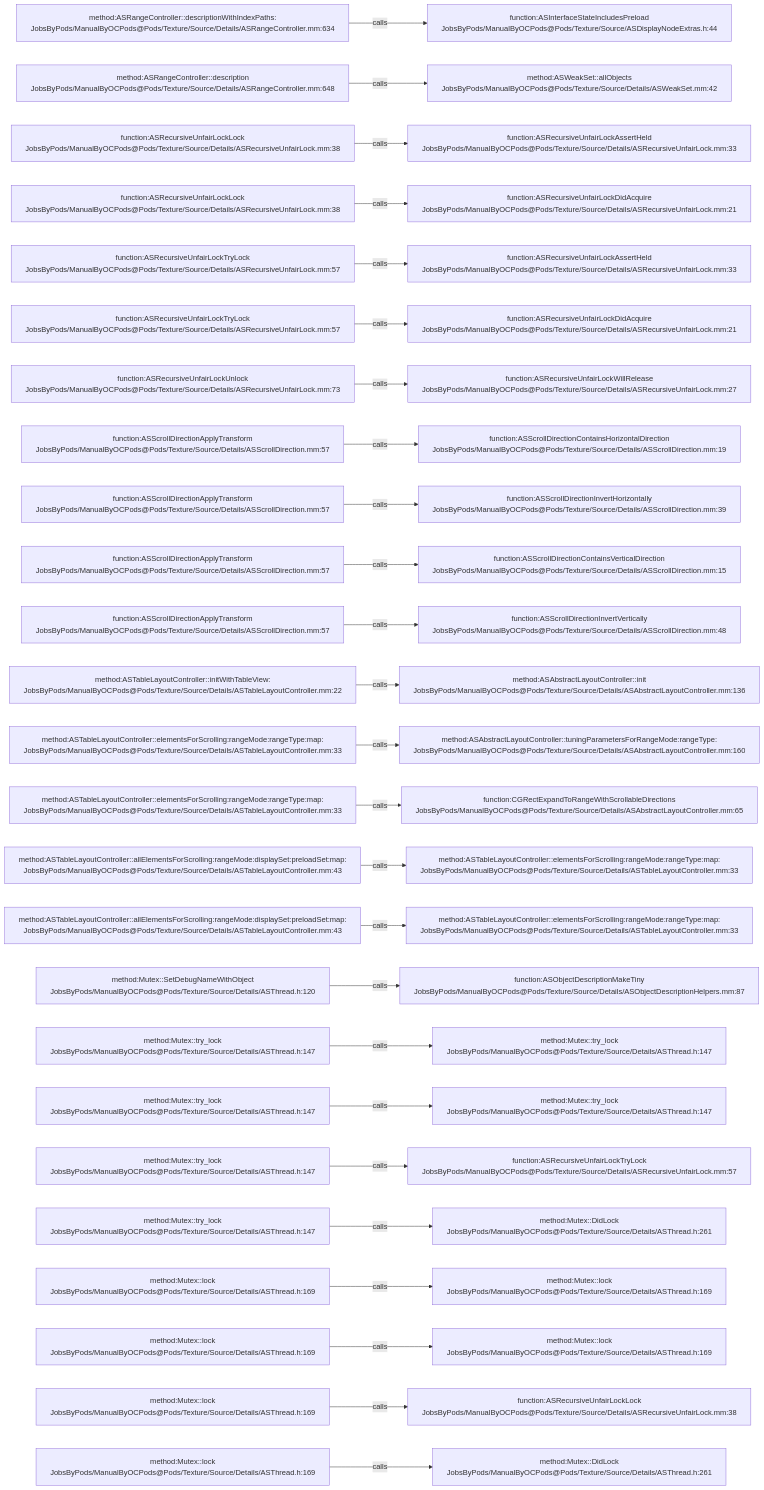
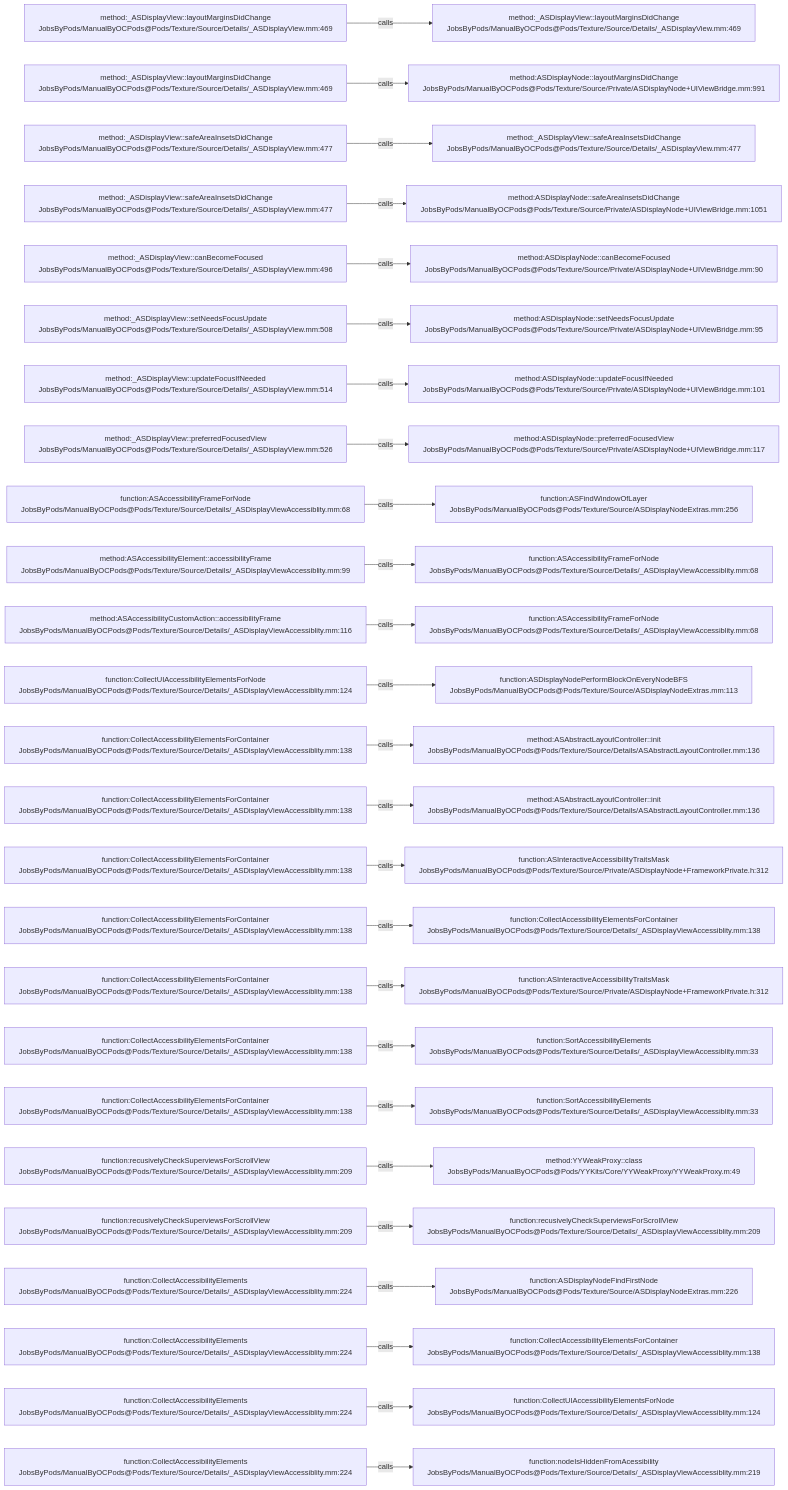
Before and after one commit to JobsKits/JobsOCBaseConfigDemo: the diagram in .codegraph/codegraph.md/graphs/calls-157.md, drawn with Mermaid. The commit also changed 2723 other files, not shown here.

````diff
--- a/.codegraph/codegraph.md/graphs/calls-157.md
+++ b/.codegraph/codegraph.md/graphs/calls-157.md
@@ -13,78 +13,78 @@
 ```mermaid
 flowchart LR
-  S1["method:ASRangeController::descriptionWithIndexPaths:<br/>JobsByPods/ManualByOCPods@Pods/Texture/Source/Details/ASRangeController.mm:634"]
-  T1["function:ASInterfaceStateIncludesPreload<br/>JobsByPods/ManualByOCPods@Pods/Texture/Source/ASDisplayNodeExtras.h:44"]
+  S1["method:_ASDisplayView::layoutMarginsDidChange<br/>JobsByPods/ManualByOCPods@Pods/Texture/Source/Details/_ASDisplayView.mm:469"]
+  T1["method:_ASDisplayView::layoutMarginsDidChange<br/>JobsByPods/ManualByOCPods@Pods/Texture/Source/Details/_ASDisplayView.mm:469"]
   S1 -->|calls| T1
-  S2["method:ASRangeController::description<br/>JobsByPods/ManualByOCPods@Pods/Texture/Source/Details/ASRangeController.mm:648"]
-  T2["method:ASWeakSet::allObjects<br/>JobsByPods/ManualByOCPods@Pods/Texture/Source/Details/ASWeakSet.mm:42"]
+  S2["method:_ASDisplayView::layoutMarginsDidChange<br/>JobsByPods/ManualByOCPods@Pods/Texture/Source/Details/_ASDisplayView.mm:469"]
+  T2["method:ASDisplayNode::layoutMarginsDidChange<br/>JobsByPods/ManualByOCPods@Pods/Texture/Source/Private/ASDisplayNode+UIViewBridge.mm:991"]
   S2 -->|calls| T2
-  S3["function:ASRecursiveUnfairLockLock<br/>JobsByPods/ManualByOCPods@Pods/Texture/Source/Details/ASRecursiveUnfairLock.mm:38"]
-  T3["function:ASRecursiveUnfairLockAssertHeld<br/>JobsByPods/ManualByOCPods@Pods/Texture/Source/Details/ASRecursiveUnfairLock.mm:33"]
+  S3["method:_ASDisplayView::safeAreaInsetsDidChange<br/>JobsByPods/ManualByOCPods@Pods/Texture/Source/Details/_ASDisplayView.mm:477"]
+  T3["method:_ASDisplayView::safeAreaInsetsDidChange<br/>JobsByPods/ManualByOCPods@Pods/Texture/Source/Details/_ASDisplayView.mm:477"]
   S3 -->|calls| T3
-  S4["function:ASRecursiveUnfairLockLock<br/>JobsByPods/ManualByOCPods@Pods/Texture/Source/Details/ASRecursiveUnfairLock.mm:38"]
-  T4["function:ASRecursiveUnfairLockDidAcquire<br/>JobsByPods/ManualByOCPods@Pods/Texture/Source/Details/ASRecursiveUnfairLock.mm:21"]
+  S4["method:_ASDisplayView::safeAreaInsetsDidChange<br/>JobsByPods/ManualByOCPods@Pods/Texture/Source/Details/_ASDisplayView.mm:477"]
+  T4["method:ASDisplayNode::safeAreaInsetsDidChange<br/>JobsByPods/ManualByOCPods@Pods/Texture/Source/Private/ASDisplayNode+UIViewBridge.mm:1051"]
   S4 -->|calls| T4
-  S5["function:ASRecursiveUnfairLockTryLock<br/>JobsByPods/ManualByOCPods@Pods/Texture/Source/Details/ASRecursiveUnfairLock.mm:57"]
-  T5["function:ASRecursiveUnfairLockAssertHeld<br/>JobsByPods/ManualByOCPods@Pods/Texture/Source/Details/ASRecursiveUnfairLock.mm:33"]
+  S5["method:_ASDisplayView::canBecomeFocused<br/>JobsByPods/ManualByOCPods@Pods/Texture/Source/Details/_ASDisplayView.mm:496"]
+  T5["method:ASDisplayNode::canBecomeFocused<br/>JobsByPods/ManualByOCPods@Pods/Texture/Source/Private/ASDisplayNode+UIViewBridge.mm:90"]
   S5 -->|calls| T5
-  S6["function:ASRecursiveUnfairLockTryLock<br/>JobsByPods/ManualByOCPods@Pods/Texture/Source/Details/ASRecursiveUnfairLock.mm:57"]
-  T6["function:ASRecursiveUnfairLockDidAcquire<br/>JobsByPods/ManualByOCPods@Pods/Texture/Source/Details/ASRecursiveUnfairLock.mm:21"]
+  S6["method:_ASDisplayView::setNeedsFocusUpdate<br/>JobsByPods/ManualByOCPods@Pods/Texture/Source/Details/_ASDisplayView.mm:508"]
+  T6["method:ASDisplayNode::setNeedsFocusUpdate<br/>JobsByPods/ManualByOCPods@Pods/Texture/Source/Private/ASDisplayNode+UIViewBridge.mm:95"]
   S6 -->|calls| T6
-  S7["function:ASRecursiveUnfairLockUnlock<br/>JobsByPods/ManualByOCPods@Pods/Texture/Source/Details/ASRecursiveUnfairLock.mm:73"]
-  T7["function:ASRecursiveUnfairLockWillRelease<br/>JobsByPods/ManualByOCPods@Pods/Texture/Source/Details/ASRecursiveUnfairLock.mm:27"]
+  S7["method:_ASDisplayView::updateFocusIfNeeded<br/>JobsByPods/ManualByOCPods@Pods/Texture/Source/Details/_ASDisplayView.mm:514"]
+  T7["method:ASDisplayNode::updateFocusIfNeeded<br/>JobsByPods/ManualByOCPods@Pods/Texture/Source/Private/ASDisplayNode+UIViewBridge.mm:101"]
   S7 -->|calls| T7
-  S8["function:ASScrollDirectionApplyTransform<br/>JobsByPods/ManualByOCPods@Pods/Texture/Source/Details/ASScrollDirection.mm:57"]
-  T8["function:ASScrollDirectionContainsHorizontalDirection<br/>JobsByPods/ManualByOCPods@Pods/Texture/Source/Details/ASScrollDirection.mm:19"]
+  S8["method:_ASDisplayView::preferredFocusedView<br/>JobsByPods/ManualByOCPods@Pods/Texture/Source/Details/_ASDisplayView.mm:526"]
+  T8["method:ASDisplayNode::preferredFocusedView<br/>JobsByPods/ManualByOCPods@Pods/Texture/Source/Private/ASDisplayNode+UIViewBridge.mm:117"]
   S8 -->|calls| T8
-  S9["function:ASScrollDirectionApplyTransform<br/>JobsByPods/ManualByOCPods@Pods/Texture/Source/Details/ASScrollDirection.mm:57"]
-  T9["function:ASScrollDirectionInvertHorizontally<br/>JobsByPods/ManualByOCPods@Pods/Texture/Source/Details/ASScrollDirection.mm:39"]
+  S9["function:ASAccessibilityFrameForNode<br/>JobsByPods/ManualByOCPods@Pods/Texture/Source/Details/_ASDisplayViewAccessiblity.mm:68"]
+  T9["function:ASFindWindowOfLayer<br/>JobsByPods/ManualByOCPods@Pods/Texture/Source/ASDisplayNodeExtras.mm:256"]
   S9 -->|calls| T9
-  S10["function:ASScrollDirectionApplyTransform<br/>JobsByPods/ManualByOCPods@Pods/Texture/Source/Details/ASScrollDirection.mm:57"]
-  T10["function:ASScrollDirectionContainsVerticalDirection<br/>JobsByPods/ManualByOCPods@Pods/Texture/Source/Details/ASScrollDirection.mm:15"]
+  S10["method:ASAccessibilityElement::accessibilityFrame<br/>JobsByPods/ManualByOCPods@Pods/Texture/Source/Details/_ASDisplayViewAccessiblity.mm:99"]
+  T10["function:ASAccessibilityFrameForNode<br/>JobsByPods/ManualByOCPods@Pods/Texture/Source/Details/_ASDisplayViewAccessiblity.mm:68"]
   S10 -->|calls| T10
-  S11["function:ASScrollDirectionApplyTransform<br/>JobsByPods/ManualByOCPods@Pods/Texture/Source/Details/ASScrollDirection.mm:57"]
-  T11["function:ASScrollDirectionInvertVertically<br/>JobsByPods/ManualByOCPods@Pods/Texture/Source/Details/ASScrollDirection.mm:48"]
+  S11["method:ASAccessibilityCustomAction::accessibilityFrame<br/>JobsByPods/ManualByOCPods@Pods/Texture/Source/Details/_ASDisplayViewAccessiblity.mm:116"]
+  T11["function:ASAccessibilityFrameForNode<br/>JobsByPods/ManualByOCPods@Pods/Texture/Source/Details/_ASDisplayViewAccessiblity.mm:68"]
   S11 -->|calls| T11
-  S12["method:ASTableLayoutController::initWithTableView:<br/>JobsByPods/ManualByOCPods@Pods/Texture/Source/Details/ASTableLayoutController.mm:22"]
-  T12["method:ASAbstractLayoutController::init<br/>JobsByPods/ManualByOCPods@Pods/Texture/Source/Details/ASAbstractLayoutController.mm:136"]
+  S12["function:CollectUIAccessibilityElementsForNode<br/>JobsByPods/ManualByOCPods@Pods/Texture/Source/Details/_ASDisplayViewAccessiblity.mm:124"]
+  T12["function:ASDisplayNodePerformBlockOnEveryNodeBFS<br/>JobsByPods/ManualByOCPods@Pods/Texture/Source/ASDisplayNodeExtras.mm:113"]
   S12 -->|calls| T12
-  S13["method:ASTableLayoutController::elementsForScrolling:rangeMode:rangeType:map:<br/>JobsByPods/ManualByOCPods@Pods/Texture/Source/Details/ASTableLayoutController.mm:33"]
-  T13["method:ASAbstractLayoutController::tuningParametersForRangeMode:rangeType:<br/>JobsByPods/ManualByOCPods@Pods/Texture/Source/Details/ASAbstractLayoutController.mm:160"]
+  S13["function:CollectAccessibilityElementsForContainer<br/>JobsByPods/ManualByOCPods@Pods/Texture/Source/Details/_ASDisplayViewAccessiblity.mm:138"]
+  T13["method:ASAbstractLayoutController::init<br/>JobsByPods/ManualByOCPods@Pods/Texture/Source/Details/ASAbstractLayoutController.mm:136"]
   S13 -->|calls| T13
-  S14["method:ASTableLayoutController::elementsForScrolling:rangeMode:rangeType:map:<br/>JobsByPods/ManualByOCPods@Pods/Texture/Source/Details/ASTableLayoutController.mm:33"]
-  T14["function:CGRectExpandToRangeWithScrollableDirections<br/>JobsByPods/ManualByOCPods@Pods/Texture/Source/Details/ASAbstractLayoutController.mm:65"]
+  S14["function:CollectAccessibilityElementsForContainer<br/>JobsByPods/ManualByOCPods@Pods/Texture/Source/Details/_ASDisplayViewAccessiblity.mm:138"]
+  T14["method:ASAbstractLayoutController::init<br/>JobsByPods/ManualByOCPods@Pods/Texture/Source/Details/ASAbstractLayoutController.mm:136"]
   S14 -->|calls| T14
-  S15["method:ASTableLayoutController::allElementsForScrolling:rangeMode:displaySet:preloadSet:map:<br/>JobsByPods/ManualByOCPods@Pods/Texture/Source/Details/ASTableLayoutController.mm:43"]
-  T15["method:ASTableLayoutController::elementsForScrolling:rangeMode:rangeType:map:<br/>JobsByPods/ManualByOCPods@Pods/Texture/Source/Details/ASTableLayoutController.mm:33"]
+  S15["function:CollectAccessibilityElementsForContainer<br/>JobsByPods/ManualByOCPods@Pods/Texture/Source/Details/_ASDisplayViewAccessiblity.mm:138"]
+  T15["function:ASInteractiveAccessibilityTraitsMask<br/>JobsByPods/ManualByOCPods@Pods/Texture/Source/Private/ASDisplayNode+FrameworkPrivate.h:312"]
   S15 -->|calls| T15
-  S16["method:ASTableLayoutController::allElementsForScrolling:rangeMode:displaySet:preloadSet:map:<br/>JobsByPods/ManualByOCPods@Pods/Texture/Source/Details/ASTableLayoutController.mm:43"]
-  T16["method:ASTableLayoutController::elementsForScrolling:rangeMode:rangeType:map:<br/>JobsByPods/ManualByOCPods@Pods/Texture/Source/Details/ASTableLayoutController.mm:33"]
+  S16["function:CollectAccessibilityElementsForContainer<br/>JobsByPods/ManualByOCPods@Pods/Texture/Source/Details/_ASDisplayViewAccessiblity.mm:138"]
+  T16["function:CollectAccessibilityElementsForContainer<br/>JobsByPods/ManualByOCPods@Pods/Texture/Source/Details/_ASDisplayViewAccessiblity.mm:138"]
   S16 -->|calls| T16
-  S17["method:Mutex::SetDebugNameWithObject<br/>JobsByPods/ManualByOCPods@Pods/Texture/Source/Details/ASThread.h:120"]
-  T17["function:ASObjectDescriptionMakeTiny<br/>JobsByPods/ManualByOCPods@Pods/Texture/Source/Details/ASObjectDescriptionHelpers.mm:87"]
+  S17["function:CollectAccessibilityElementsForContainer<br/>JobsByPods/ManualByOCPods@Pods/Texture/Source/Details/_ASDisplayViewAccessiblity.mm:138"]
+  T17["function:ASInteractiveAccessibilityTraitsMask<br/>JobsByPods/ManualByOCPods@Pods/Texture/Source/Private/ASDisplayNode+FrameworkPrivate.h:312"]
   S17 -->|calls| T17
-  S18["method:Mutex::try_lock<br/>JobsByPods/ManualByOCPods@Pods/Texture/Source/Details/ASThread.h:147"]
-  T18["method:Mutex::try_lock<br/>JobsByPods/ManualByOCPods@Pods/Texture/Source/Details/ASThread.h:147"]
+  S18["function:CollectAccessibilityElementsForContainer<br/>JobsByPods/ManualByOCPods@Pods/Texture/Source/Details/_ASDisplayViewAccessiblity.mm:138"]
+  T18["function:SortAccessibilityElements<br/>JobsByPods/ManualByOCPods@Pods/Texture/Source/Details/_ASDisplayViewAccessiblity.mm:33"]
   S18 -->|calls| T18
-  S19["method:Mutex::try_lock<br/>JobsByPods/ManualByOCPods@Pods/Texture/Source/Details/ASThread.h:147"]
-  T19["method:Mutex::try_lock<br/>JobsByPods/ManualByOCPods@Pods/Texture/Source/Details/ASThread.h:147"]
+  S19["function:CollectAccessibilityElementsForContainer<br/>JobsByPods/ManualByOCPods@Pods/Texture/Source/Details/_ASDisplayViewAccessiblity.mm:138"]
+  T19["function:SortAccessibilityElements<br/>JobsByPods/ManualByOCPods@Pods/Texture/Source/Details/_ASDisplayViewAccessiblity.mm:33"]
   S19 -->|calls| T19
-  S20["method:Mutex::try_lock<br/>JobsByPods/ManualByOCPods@Pods/Texture/Source/Details/ASThread.h:147"]
-  T20["function:ASRecursiveUnfairLockTryLock<br/>JobsByPods/ManualByOCPods@Pods/Texture/Source/Details/ASRecursiveUnfairLock.mm:57"]
+  S20["function:recusivelyCheckSuperviewsForScrollView<br/>JobsByPods/ManualByOCPods@Pods/Texture/Source/Details/_ASDisplayViewAccessiblity.mm:209"]
+  T20["method:YYWeakProxy::class<br/>JobsByPods/ManualByOCPods@Pods/YYKits/Core/YYWeakProxy/YYWeakProxy.m:49"]
   S20 -->|calls| T20
-  S21["method:Mutex::try_lock<br/>JobsByPods/ManualByOCPods@Pods/Texture/Source/Details/ASThread.h:147"]
-  T21["method:Mutex::DidLock<br/>JobsByPods/ManualByOCPods@Pods/Texture/Source/Details/ASThread.h:261"]
+  S21["function:recusivelyCheckSuperviewsForScrollView<br/>JobsByPods/ManualByOCPods@Pods/Texture/Source/Details/_ASDisplayViewAccessiblity.mm:209"]
+  T21["function:recusivelyCheckSuperviewsForScrollView<br/>JobsByPods/ManualByOCPods@Pods/Texture/Source/Details/_ASDisplayViewAccessiblity.mm:209"]
   S21 -->|calls| T21
-  S22["method:Mutex::lock<br/>JobsByPods/ManualByOCPods@Pods/Texture/Source/Details/ASThread.h:169"]
-  T22["method:Mutex::lock<br/>JobsByPods/ManualByOCPods@Pods/Texture/Source/Details/ASThread.h:169"]
+  S22["function:CollectAccessibilityElements<br/>JobsByPods/ManualByOCPods@Pods/Texture/Source/Details/_ASDisplayViewAccessiblity.mm:224"]
+  T22["function:ASDisplayNodeFindFirstNode<br/>JobsByPods/ManualByOCPods@Pods/Texture/Source/ASDisplayNodeExtras.mm:226"]
   S22 -->|calls| T22
-  S23["method:Mutex::lock<br/>JobsByPods/ManualByOCPods@Pods/Texture/Source/Details/ASThread.h:169"]
-  T23["method:Mutex::lock<br/>JobsByPods/ManualByOCPods@Pods/Texture/Source/Details/ASThread.h:169"]
+  S23["function:CollectAccessibilityElements<br/>JobsByPods/ManualByOCPods@Pods/Texture/Source/Details/_ASDisplayViewAccessiblity.mm:224"]
+  T23["function:CollectAccessibilityElementsForContainer<br/>JobsByPods/ManualByOCPods@Pods/Texture/Source/Details/_ASDisplayViewAccessiblity.mm:138"]
   S23 -->|calls| T23
-  S24["method:Mutex::lock<br/>JobsByPods/ManualByOCPods@Pods/Texture/Source/Details/ASThread.h:169"]
-  T24["function:ASRecursiveUnfairLockLock<br/>JobsByPods/ManualByOCPods@Pods/Texture/Source/Details/ASRecursiveUnfairLock.mm:38"]
+  S24["function:CollectAccessibilityElements<br/>JobsByPods/ManualByOCPods@Pods/Texture/Source/Details/_ASDisplayViewAccessiblity.mm:224"]
+  T24["function:CollectUIAccessibilityElementsForNode<br/>JobsByPods/ManualByOCPods@Pods/Texture/Source/Details/_ASDisplayViewAccessiblity.mm:124"]
   S24 -->|calls| T24
-  S25["method:Mutex::lock<br/>JobsByPods/ManualByOCPods@Pods/Texture/Source/Details/ASThread.h:169"]
-  T25["method:Mutex::DidLock<br/>JobsByPods/ManualByOCPods@Pods/Texture/Source/Details/ASThread.h:261"]
+  S25["function:CollectAccessibilityElements<br/>JobsByPods/ManualByOCPods@Pods/Texture/Source/Details/_ASDisplayViewAccessiblity.mm:224"]
+  T25["function:nodeIsHiddenFromAcessibility<br/>JobsByPods/ManualByOCPods@Pods/Texture/Source/Details/_ASDisplayViewAccessiblity.mm:219"]
   S25 -->|calls| T25
 ```
````
